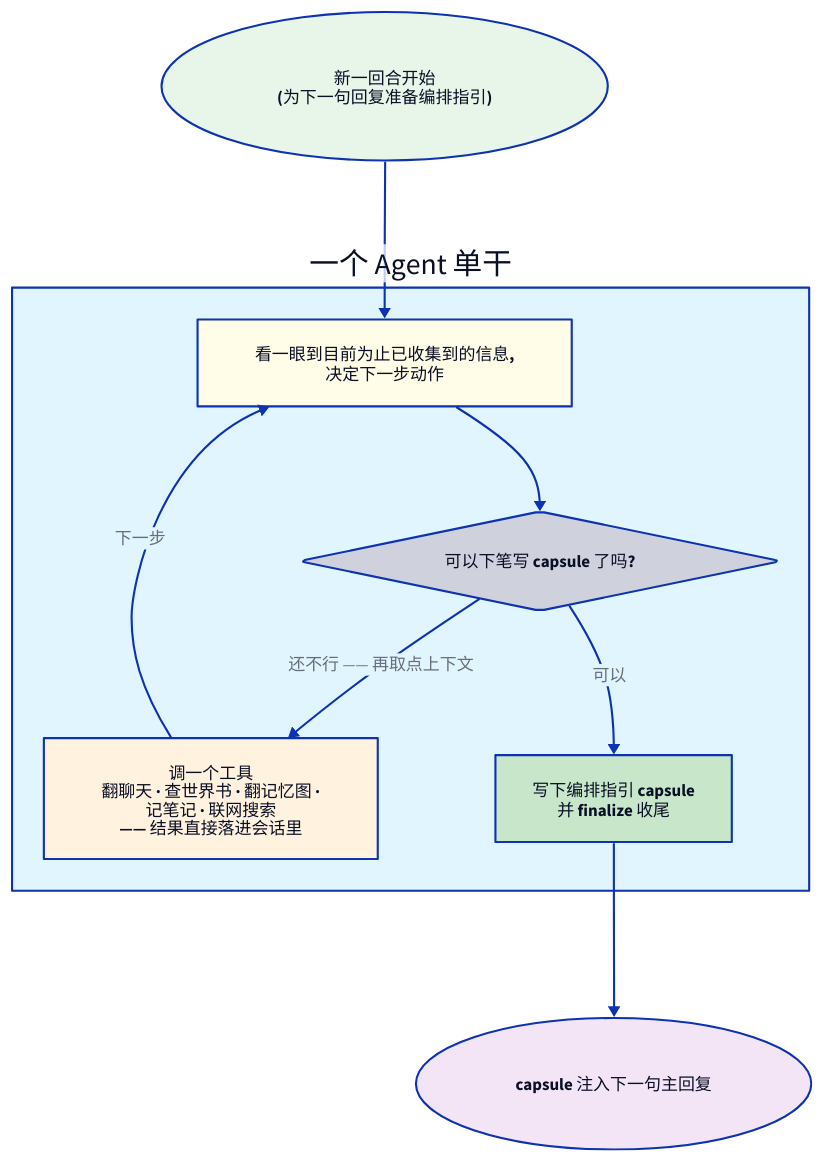
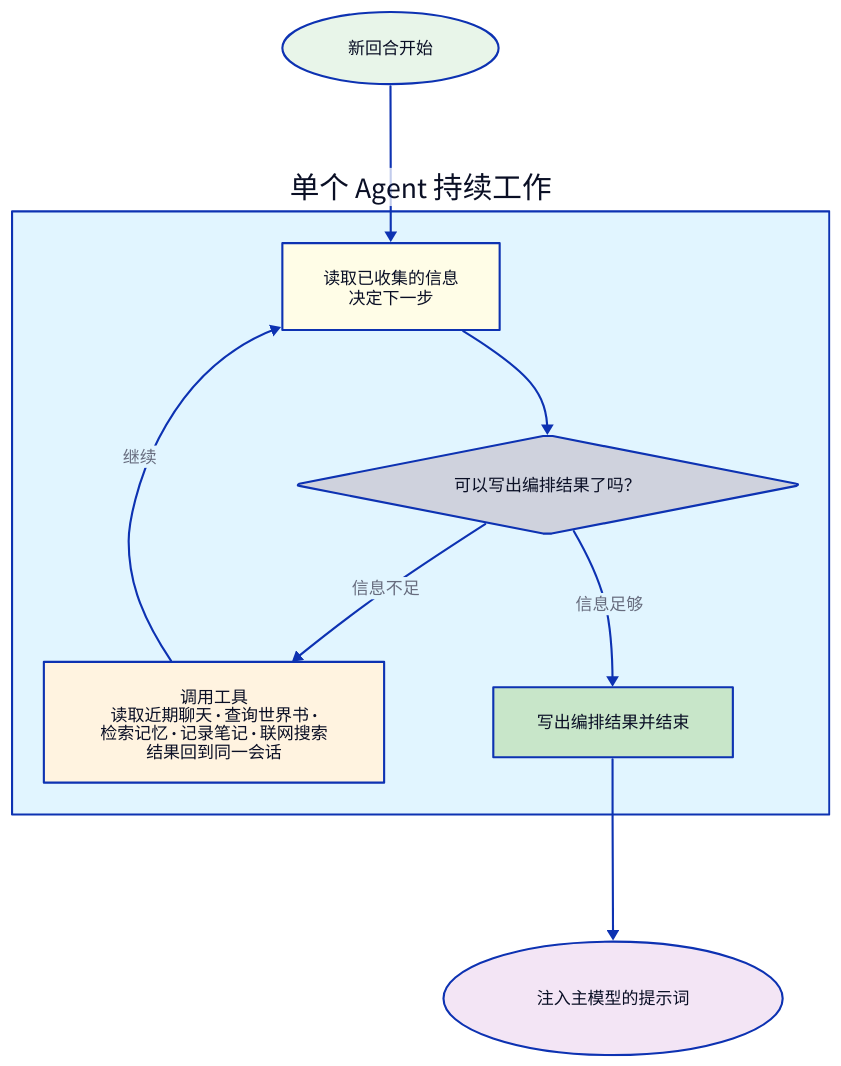
The diagram in docs/zh-CN/features/orchestrator/loop.md (funnycups/Luker), drawn with D2 before and after one commit. The commit also changed other lines of this file and 240 other files, not shown here.

````diff
--- a/docs/zh-CN/features/orchestrator/loop.md
+++ b/docs/zh-CN/features/orchestrator/loop.md
@@ -32,41 +5,41 @@
 ```d2
 direction: down
 
-start: "新一回合开始\n(为下一句回复准备编排指引)" {
+start: "新回合开始" {
   shape: oval
   style.fill: "#e8f5e9"
 }
 
-loop: "一个 Agent 单干" {
+loop: "单个 Agent 持续工作" {
   style.fill: "#e1f5ff"
 
-  think: "看一眼到目前为止已收集到的信息,\n决定下一步动作" {
+  think: "读取已收集的信息\n决定下一步" {
     style.fill: "#fffde7"
   }
 
-  decide: "可以下笔写 capsule 了吗?" {
+  decide: "可以写出编排结果了吗？" {
     shape: diamond
   }
 
-  tool: "调一个工具\n翻聊天 · 查世界书 · 翻记忆图 ·\n记笔记 · 联网搜索\n—— 结果直接落进会话里" {
+  tool: "调用工具\n读取近期聊天 · 查询世界书 ·\n检索记忆 · 记录笔记 · 联网搜索\n结果回到同一会话" {
     style.fill: "#fff3e0"
   }
 
-  finalize: "写下编排指引 capsule\n并 finalize 收尾" {
+  finish: "写出编排结果并结束" {
     style.fill: "#c8e6c9"
   }
 
   think -> decide
-  decide -> tool: "还不行 —— 再取点上下文"
-  decide -> finalize: "可以"
-  tool -> think: "下一步"
+  decide -> tool: "信息不足"
+  decide -> finish: "信息足够"
+  tool -> think: "继续"
 }
 
-out: "capsule 注入下一句主回复" {
+out: "注入主模型的提示词" {
   shape: oval
   style.fill: "#f3e5f5"
 }
 
 start -> loop.think
-loop.finalize -> out
+loop.finish -> out
 ```
````
